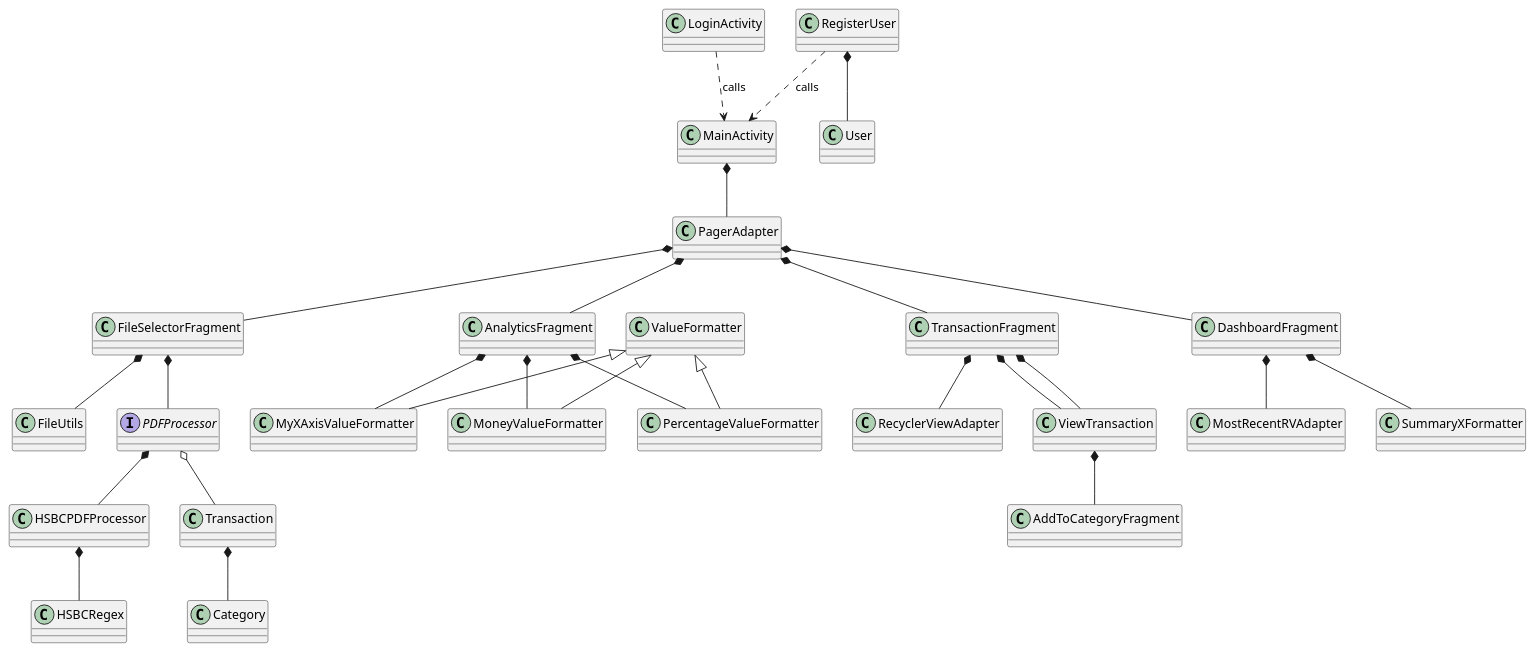
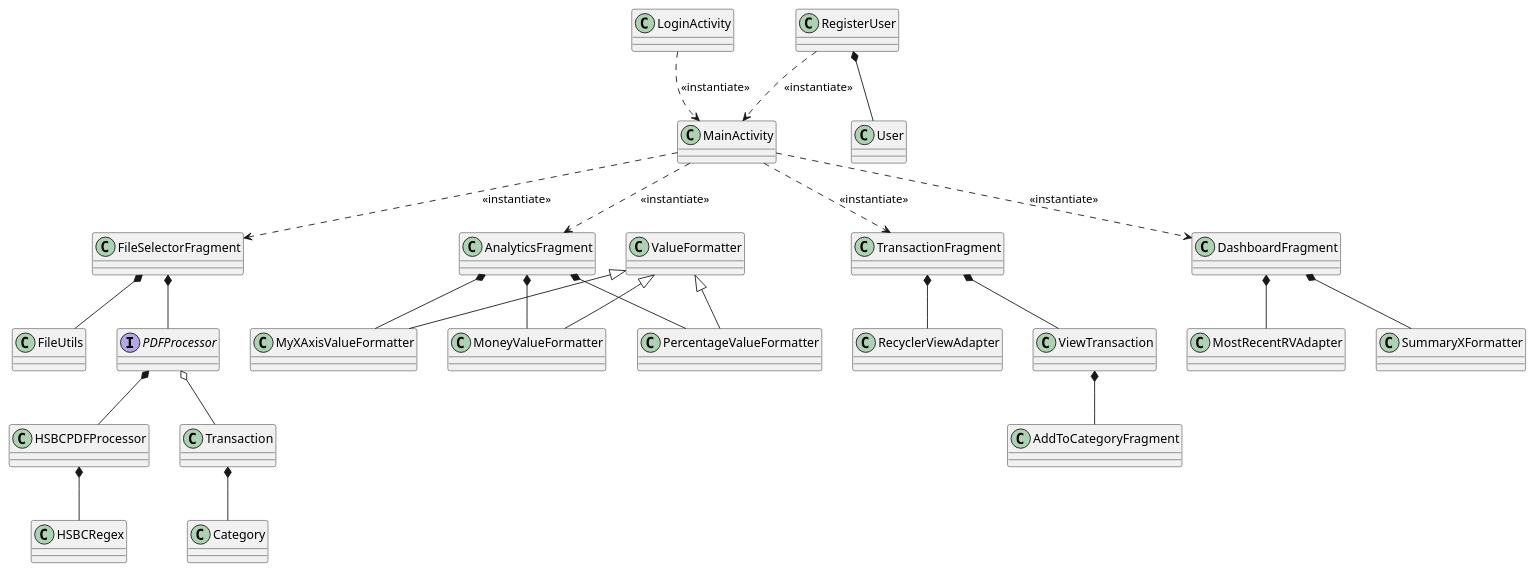
Before and after one commit to nisathnasar/Spending-Tracker: the diagram in app/class_diagram.puml, drawn with PlantUML. The commit also changed 9 other files, not shown here.

Commit message:
class diagram update

```diff
--- a/app/class_diagram.puml
+++ b/app/class_diagram.puml
@@ -1,65 +1,71 @@
 @startuml
 
 class MainActivity
 class RegisterUser
 class LoginActivity
 class Transaction
 class User
 class FileSelectorFragment
 class FileUtils
 class HSBCRegex
 interface PDFProcessor
 class HSBCPDFProcessor
 class AnalyticsFragment
-class PagerAdapter
+'class MainActivity
 class RecyclerViewAdapter
 class TransactionFragment
 class ViewTransaction
 class MyXAxisValueFormatter
 
 class DashboardFragment
 class AddToCategoryFragment
 class MostRecentRVAdapter
 class MoneyValueFormatter
 class ValueFormatter
 class PercentageValueFormatter
 class ViewTransaction
 class SummaryXFormatter
 class Category
 
+LoginActivity ..> MainActivity : <<instantiate>>
 
-RegisterUser ..> MainActivity : calls
-LoginActivity ..> MainActivity : calls
+RegisterUser ..> MainActivity : <<instantiate>>
 RegisterUser *-- User
-MainActivity *-- PagerAdapter
-PagerAdapter *-- TransactionFragment
-PagerAdapter *-- AnalyticsFragment
-PagerAdapter *-- FileSelectorFragment
-AnalyticsFragment *-- MyXAxisValueFormatter
+
+MainActivity ..> TransactionFragment : <<instantiate>>
+MainActivity ..> AnalyticsFragment : <<instantiate>>
+MainActivity ..> FileSelectorFragment : <<instantiate>>
+MainActivity ..> DashboardFragment : <<instantiate>>
+
 PDFProcessor o-- Transaction
+PDFProcessor *-- HSBCPDFProcessor
+
 FileSelectorFragment *-- PDFProcessor
 FileSelectorFragment *-- FileUtils
+
 HSBCPDFProcessor *-- HSBCRegex
+
 TransactionFragment *-- RecyclerViewAdapter
 TransactionFragment *-- ViewTransaction
-PDFProcessor *-- HSBCPDFProcessor
 
-PagerAdapter *-- DashboardFragment
+
+ViewTransaction *-- AddToCategoryFragment
+
 DashboardFragment *-- SummaryXFormatter
 DashboardFragment *-- MostRecentRVAdapter
-TransactionFragment *-- ViewTransaction
-ViewTransaction *-- AddToCategoryFragment
+
 Transaction *-- Category
 
 AnalyticsFragment *-- MoneyValueFormatter
 AnalyticsFragment *-- PercentageValueFormatter
+AnalyticsFragment *-- MyXAxisValueFormatter
 
 ValueFormatter <|-- MoneyValueFormatter
 ValueFormatter <|-- PercentageValueFormatter
 ValueFormatter <|-- MyXAxisValueFormatter
 
 
 
 
 
 @enduml
```
